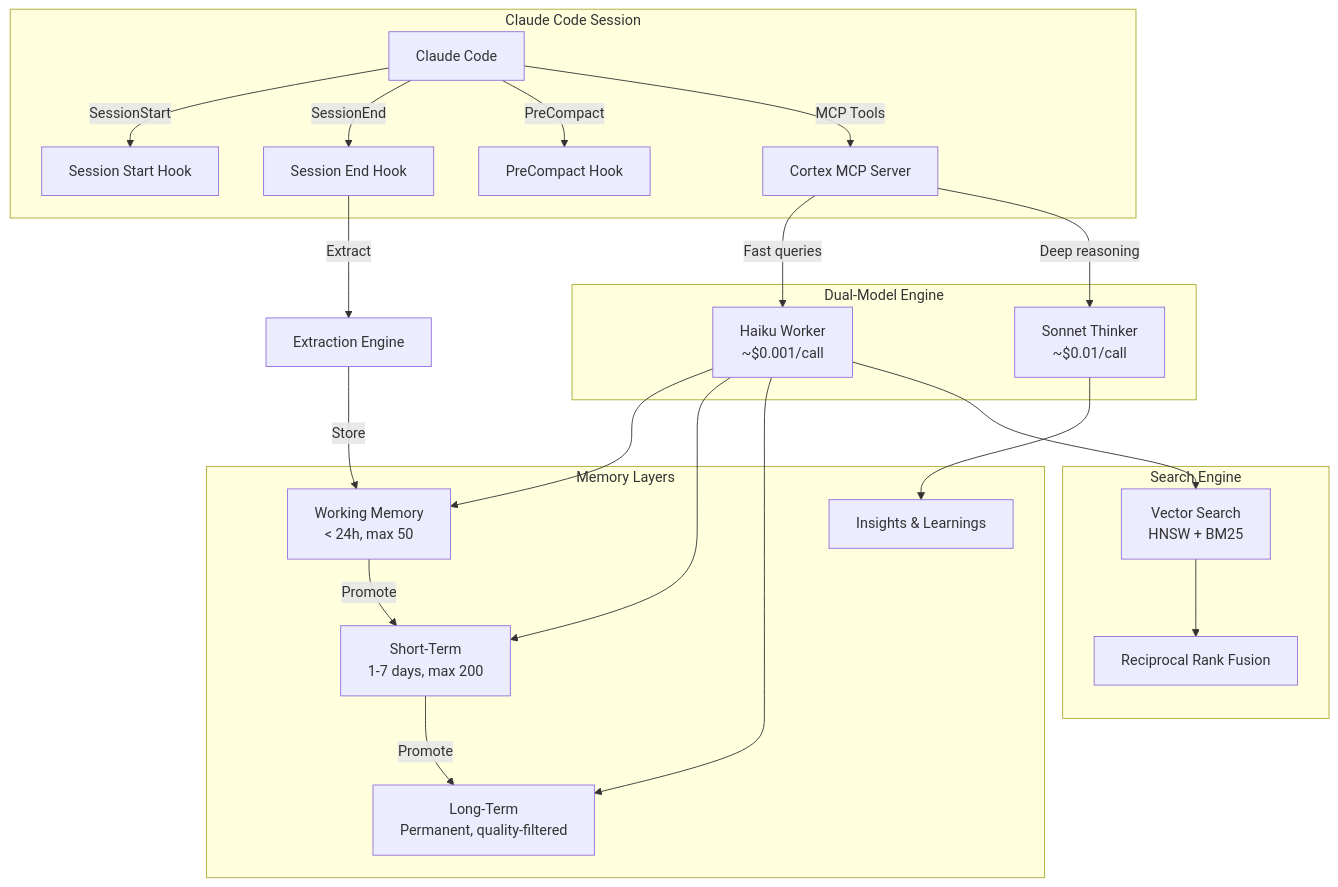
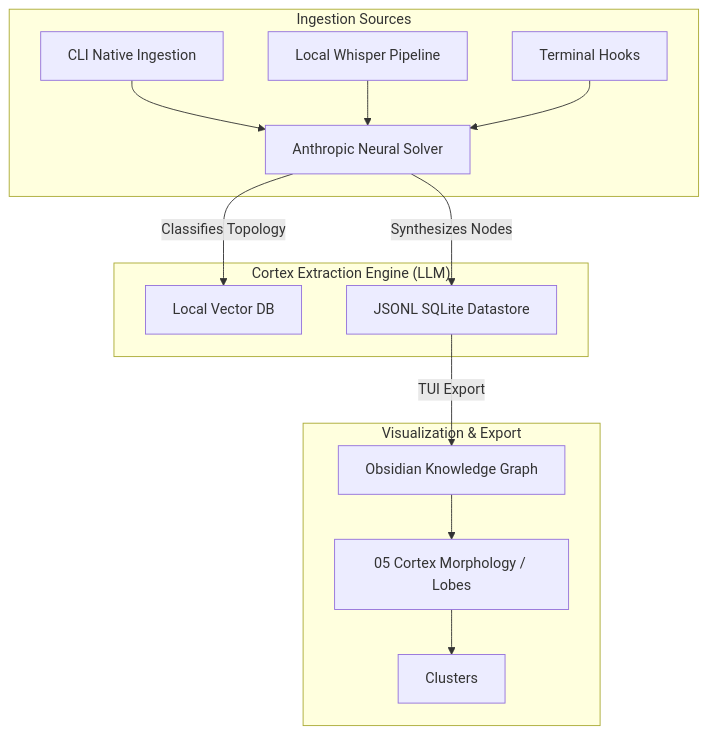
One commit to robertogogoni/cortex-claude changed the diagram in README.md. Above: the diagram before and after it, drawn with Mermaid. The commit also changed other lines of this file and 61 other files, not shown here.

````diff
--- a/README.md
+++ b/README.md
@@ -37,31 +26,19 @@
 ```mermaid
 graph TB
-    subgraph "Claude Code Session"
-        CC[Claude Code] -->|SessionStart| SS[Session Start Hook]
-        CC -->|SessionEnd| SE[Session End Hook]
-        CC -->|PreCompact| PC[PreCompact Hook]
-        CC -->|MCP Tools| MCP[Cortex MCP Server]
+    subgraph "Ingestion Sources"
+        Terminal[CLI Native Ingestion] --> Engine
+        Audio[Local Whisper Pipeline] --> Engine
+        Hooks[Terminal Hooks] --> Engine
     end
 
-    subgraph "Dual-Model Engine"
-        MCP -->|Fast queries| H[Haiku Worker<br/>~$0.001/call]
-        MCP -->|Deep reasoning| S[Sonnet Thinker<br/>~$0.01/call]
+    subgraph "Cortex Extraction Engine (LLM)"
+        Engine[Anthropic Neural Solver] -->|Classifies Topology| Vector[Local Vector DB]
+        Engine -->|Synthesizes Nodes| DB[JSONL SQLite Datastore]
     end
 
-    subgraph "Memory Layers"
-        H --> WM[Working Memory<br/>< 24h, max 50]
-        H --> ST[Short-Term<br/>1-7 days, max 200]
-        H --> LT[Long-Term<br/>Permanent, quality-filtered]
-        S --> INS[Insights & Learnings]
+    subgraph "Visualization & Export"
+        DB -->|TUI Export| Vault[Obsidian Knowledge Graph]
+        Vault --> L1[05 Cortex Morphology / Lobes]
+        L1 --> L2[Clusters]
     end
-
-    subgraph "Search Engine"
-        H --> VS[Vector Search<br/>HNSW + BM25]
-        VS --> RRF[Reciprocal Rank Fusion]
-    end
-
-    SE -->|Extract| EE[Extraction Engine]
-    EE -->|Store| WM
-    WM -->|Promote| ST
-    ST -->|Promote| LT
 ```
````
